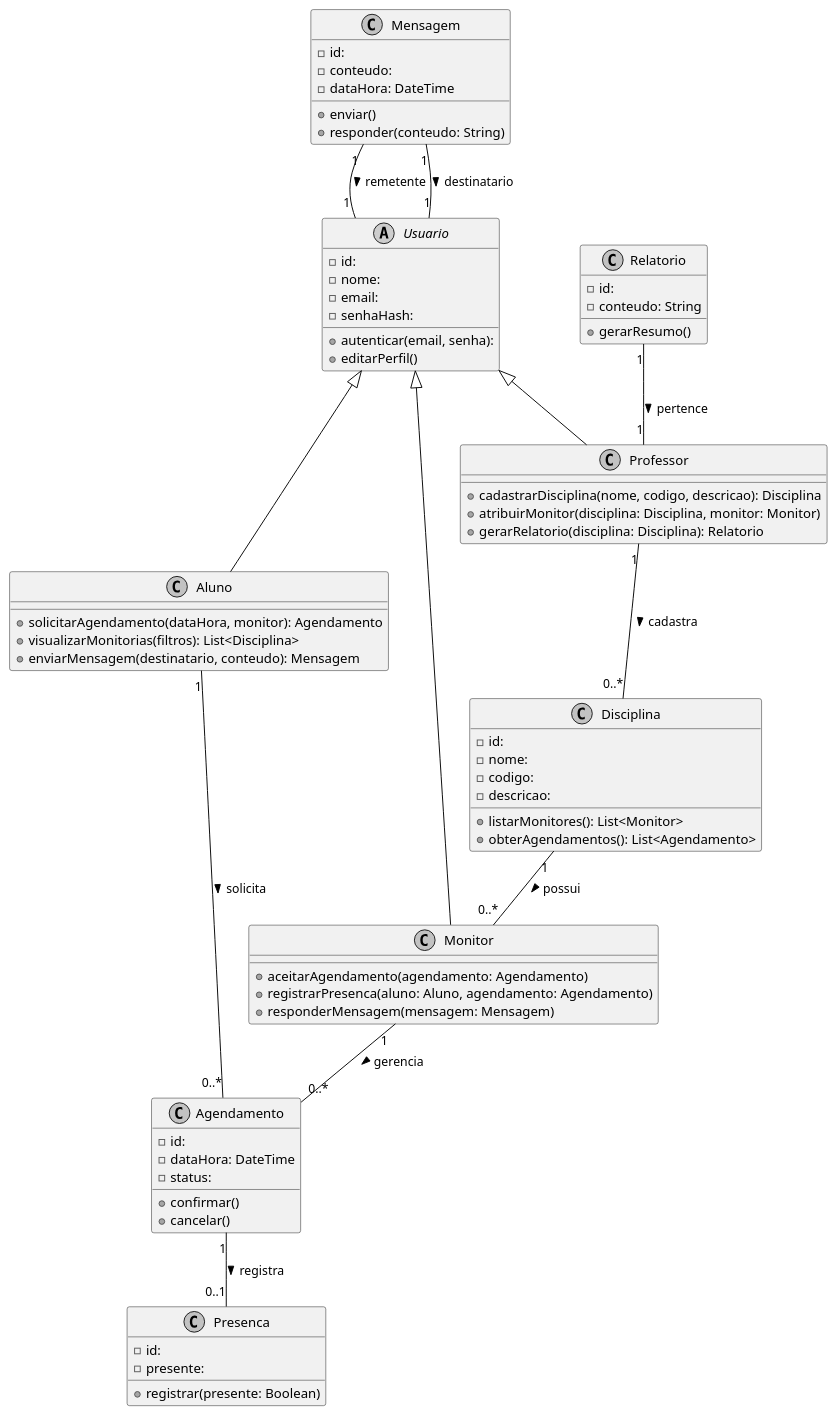
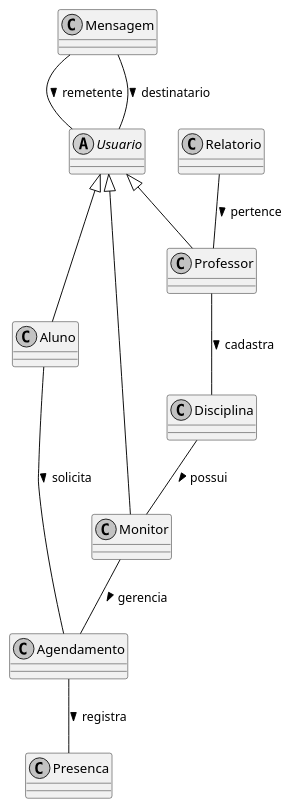
One commit to Projetos-de-Extensao/PBE_25.2_8003_I changed the diagram in docs/assets/diagrama_classe/dc.wsd. Above: the diagram before and after it, drawn with PlantUML. The commit also changed 3 other files, not shown here.

Commit message:
troca de diagrama

```diff
--- a/docs/assets/diagrama_classe/dc.wsd
+++ b/docs/assets/diagrama_classe/dc.wsd
@@ -1,87 +1,59 @@
 @startuml
 skinparam monochrome true
 skinparam ArrowColor #000000
 skinparam NodeFontSize 14
 
 ' Classe abstrata base para os usuários do sistema
 abstract class Usuario {
-  - id: 
-  - nome: 
-  - email: 
-  - senhaHash: 
-  + autenticar(email, senha): 
-  + editarPerfil()
+  
 }
 
 ' Subclasses específicas de usuários
 class Aluno {
-  + solicitarAgendamento(dataHora, monitor): Agendamento
-  + visualizarMonitorias(filtros): List<Disciplina>
-  + enviarMensagem(destinatario, conteudo): Mensagem
+
 }
 
 class Monitor {
-  + aceitarAgendamento(agendamento: Agendamento)
-  + registrarPresenca(aluno: Aluno, agendamento: Agendamento)
-  + responderMensagem(mensagem: Mensagem)
+
 }
 
 class Professor {
-  + cadastrarDisciplina(nome, codigo, descricao): Disciplina
-  + atribuirMonitor(disciplina: Disciplina, monitor: Monitor)
-  + gerarRelatorio(disciplina: Disciplina): Relatorio
+ 
 }
 
 ' Classes principais do domínio
 class Disciplina {
-  - id: 
-  - nome: 
-  - codigo: 
-  - descricao: 
-  + listarMonitores(): List<Monitor>
-  + obterAgendamentos(): List<Agendamento>
+
 }
 
 class Agendamento {
-  - id: 
-  - dataHora: DateTime
-  - status: 
-  + confirmar()
-  + cancelar()
+
 }
 
 class Presenca {
-  - id: 
-  - presente: 
-  + registrar(presente: Boolean)
+
 }
 
 class Mensagem {
-  - id: 
-  - conteudo: 
-  - dataHora: DateTime
-  + enviar()
-  + responder(conteudo: String)
+
 }
 
 class Relatorio {
-  - id: 
-  - conteudo: String
-  + gerarResumo()
+
 }
 
 ' Herança
 Usuario <|-- Aluno
 Usuario <|-- Monitor
 Usuario <|-- Professor
 
 ' Relacionamentos
-Aluno "1" -- "0..*" Agendamento : solicita >
-Monitor "1" -- "0..*" Agendamento : gerencia >
-Agendamento "1" -- "0..1" Presenca : registra >
-Professor "1" -- "0..*" Disciplina : cadastra >
-Disciplina "1" -- "0..*" Monitor : possui >
-Mensagem "1" -- "1" Usuario : remetente >
-Mensagem "1" -- "1" Usuario : destinatario >
-Relatorio "1" -- "1" Professor : pertence >
+Aluno -- Agendamento : solicita >
+Monitor  --  Agendamento : gerencia >
+Agendamento  --  Presenca : registra >
+Professor  --  Disciplina : cadastra >
+Disciplina  --  Monitor : possui >
+Mensagem  --  Usuario : remetente >
+Mensagem -- Usuario : destinatario >
+Relatorio  --  Professor : pertence >
 @enduml
```
